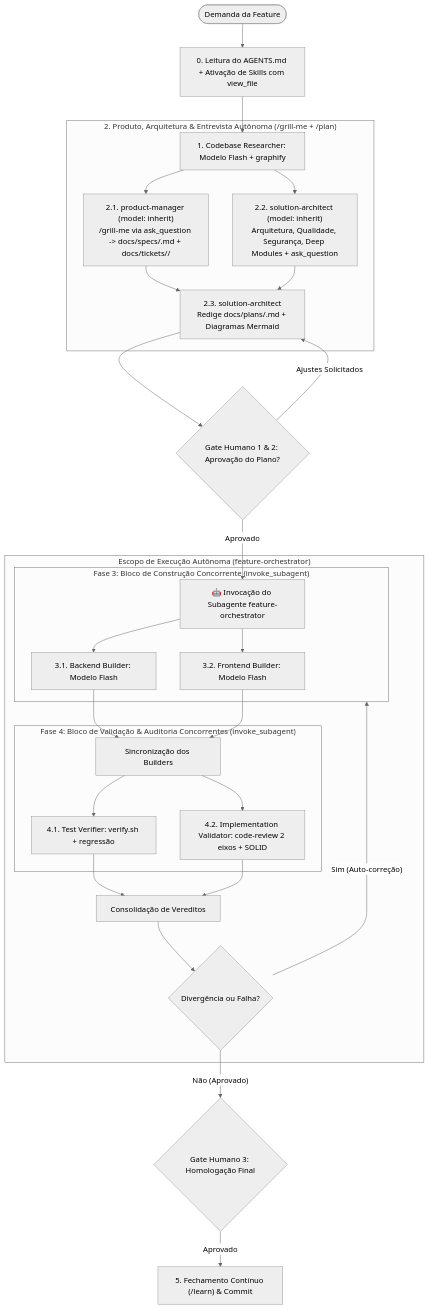
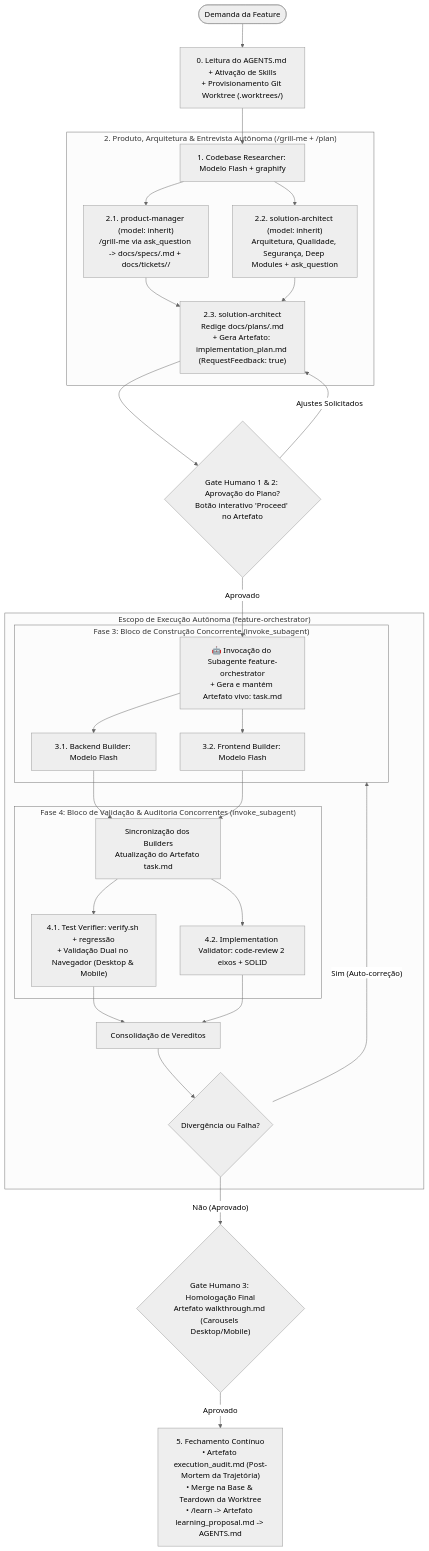
The diagram in .agents/skills/feature-factory/SKILL.md (luis-henrique-carvalho/OfertaPronta), drawn with Mermaid (neutral theme) before and after one commit. The commit also changed other lines of this file and 3 other files, not shown here.

````diff
--- a/.agents/skills/feature-factory/SKILL.md
+++ b/.agents/skills/feature-factory/SKILL.md
@@ -61,41 +70,41 @@
 ```mermaid
 flowchart TD
-    START([Demanda da Feature]) --> FASE0[0. Leitura do AGENTS.md + Ativação de Skills com view_file]
+    START([Demanda da Feature]) --> FASE0["0. Leitura do AGENTS.md + Ativação de Skills\n+ Provisionamento Git Worktree (.worktrees/<slug>)"]
     FASE0 --> FASE1[1. Codebase Researcher: Modelo Flash + graphify]
     
     subgraph FASE2_DISCOVERY ["2. Produto, Arquitetura & Entrevista Autônoma (/grill-me + /plan)"]
         FASE1 --> PM["2.1. product-manager (model: inherit)\n/grill-me via ask_question -> docs/specs/<slug>.md + docs/tickets/<slug>/"]
         FASE1 --> ARCH["2.2. solution-architect (model: inherit)\nArquitetura, Qualidade, Segurança, Deep Modules + ask_question"]
-        PM --> SPEC["2.3. solution-architect\nRedige docs/plans/<slug>.md + Diagramas Mermaid"]
+        PM --> SPEC["2.3. solution-architect\nRedige docs/plans/<slug>.md\n+ Gera Artefato: implementation_plan.md (RequestFeedback: true)"]
         ARCH --> SPEC
     end
     
-    SPEC --> GATE1{Gate Humano 1 & 2: Aprovação do Plano?}
+    SPEC --> GATE1{Gate Humano 1 & 2: Aprovação do Plano?\nBotão interativo 'Proceed' no Artefato}
     GATE1 -- "Ajustes Solicitados" --> SPEC
     
-    GATE1 -- "Aprovado" --> ORCH["🤖 Invocação do Subagente feature-orchestrator"]
+    GATE1 -- "Aprovado" --> ORCH["🤖 Invocação do Subagente feature-orchestrator\n+ Gera e mantém Artefato vivo: task.md"]
     
     subgraph ORCH_SCOPE ["Escopo de Execução Autônoma (feature-orchestrator)"]
         subgraph FASE3 ["Fase 3: Bloco de Construção Concorrente (invoke_subagent)"]
             ORCH --> FASE3_BE[3.1. Backend Builder: Modelo Flash]
             ORCH --> FASE3_FE[3.2. Frontend Builder: Modelo Flash]
         end
         
-        FASE3_BE --> SYNC_BUILD[Sincronização dos Builders]
+        FASE3_BE --> SYNC_BUILD[Sincronização dos Builders\nAtualização do Artefato task.md]
         FASE3_FE --> SYNC_BUILD
         
         subgraph FASE4 ["Fase 4: Bloco de Validação & Auditoria Concorrentes (invoke_subagent)"]
-            SYNC_BUILD --> FASE4_TEST[4.1. Test Verifier: verify.sh + regressão]
+            SYNC_BUILD --> FASE4_TEST["4.1. Test Verifier: verify.sh + regressão\n+ Validação Dual no Navegador (Desktop & Mobile)"]
             SYNC_BUILD --> FASE4_VAL[4.2. Implementation Validator: code-review 2 eixos + SOLID]
         end
         
         FASE4_TEST --> SYNC_VAL[Consolidação de Vereditos]
         FASE4_VAL --> SYNC_VAL
         
         SYNC_VAL --> CHECK_FAIL{Divergência ou Falha?}
         CHECK_FAIL -- "Sim (Auto-correção)" --> FASE3
     end
     
-    CHECK_FAIL -- "Não (Aprovado)" --> GATE3{Gate Humano 3: Homologação Final}
-    GATE3 -- "Aprovado" --> FASE5["5. Fechamento Contínuo (/learn) & Commit"]
+    CHECK_FAIL -- "Não (Aprovado)" --> GATE3{"Gate Humano 3: Homologação Final\nArtefato walkthrough.md (Carousels Desktop/Mobile)"}
+    GATE3 -- "Aprovado" --> FASE5["5. Fechamento Contínuo\n• Artefato execution_audit.md (Post-Mortem da Trajetória)\n• Merge na Base & Teardown da Worktree\n• /learn -> Artefato learning_proposal.md -> AGENTS.md"]
 ```
````
